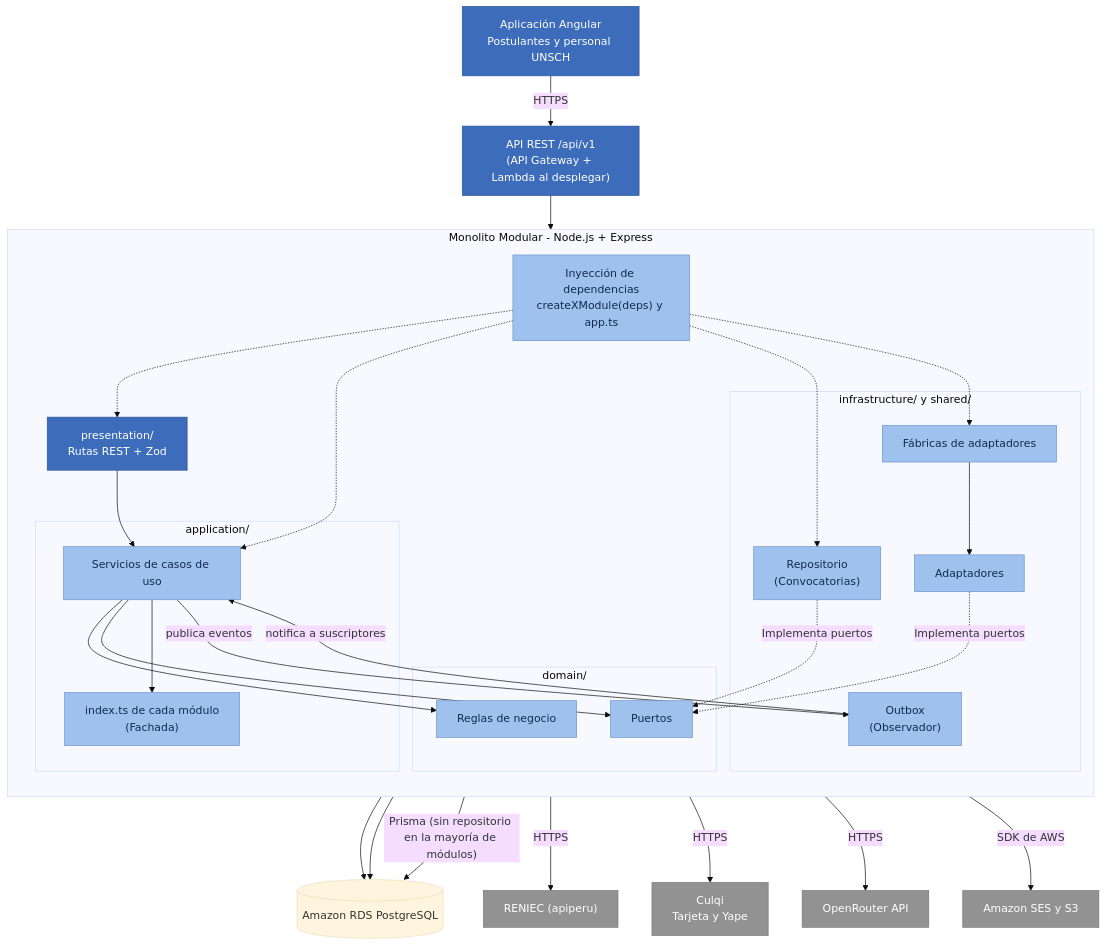
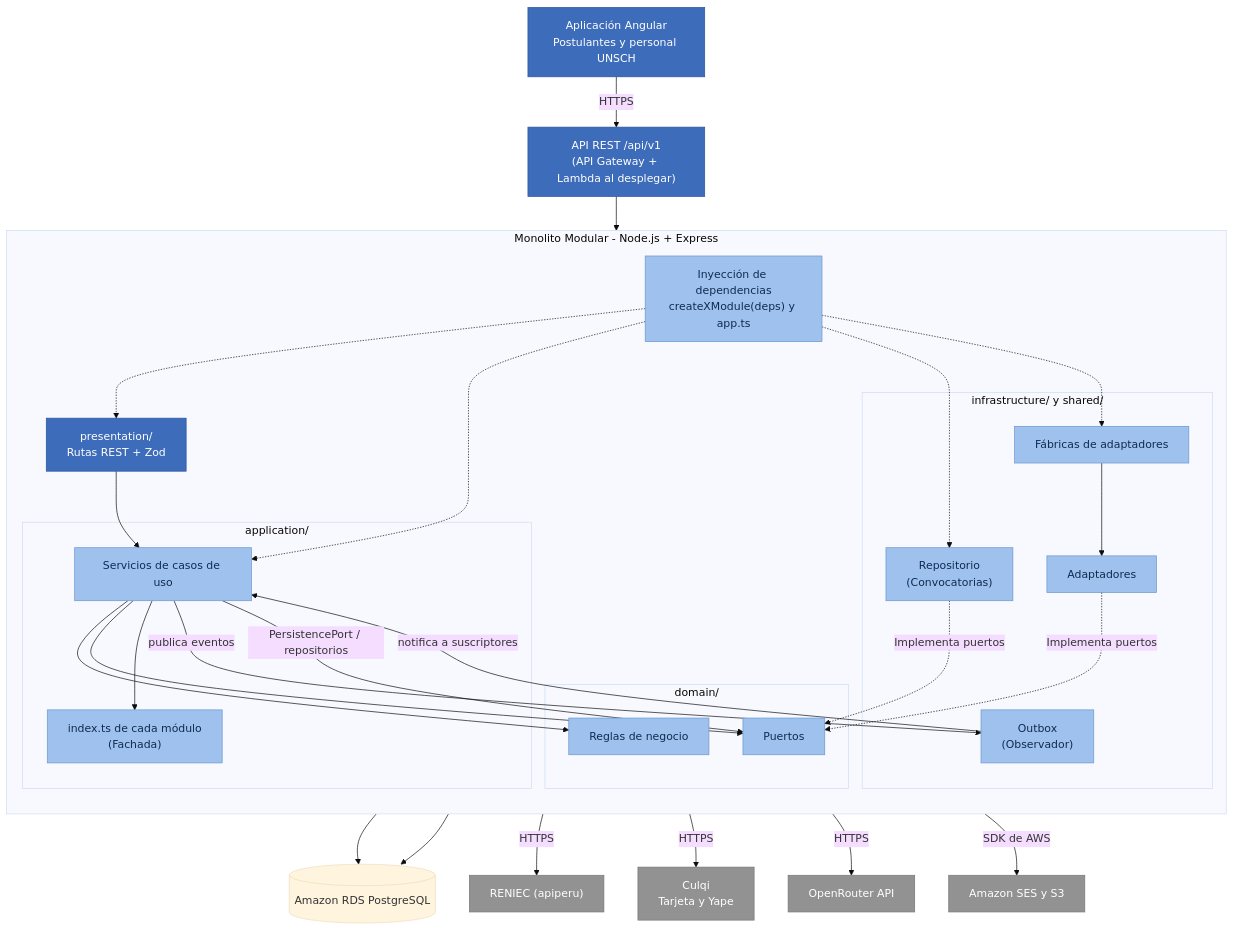
Before and after one commit to DiegoCoras06/sia-unsch-admision: the diagram in docs/03-diseño-de-software/patrones-diseño.md, drawn with Mermaid (base theme). The commit also changed other lines of this file and 26 other files, not shown here.

````diff
--- a/docs/03-diseño-de-software/patrones-diseño.md
+++ b/docs/03-diseño-de-software/patrones-diseño.md
@@ -54,72 +54,72 @@
 ```mermaid
 flowchart TB
     WEB["Aplicación Angular<br/>Postulantes y personal UNSCH"]
     API["API REST /api/v1<br/>(API Gateway + Lambda al desplegar)"]
 
     subgraph BACKEND["Monolito Modular - Node.js + Express"]
         direction TB
 
         CTRL["presentation/<br/>Rutas REST + Zod"]
 
         subgraph APP["application/"]
             UC["Servicios de casos de uso"]
             FAC["index.ts de cada módulo<br/>(Fachada)"]
         end
 
         subgraph DOM["domain/"]
             PORT["Puertos"]
             ENT["Reglas de negocio"]
         end
 
         subgraph INFRA["infrastructure/ y shared/"]
             REP["Repositorio<br/>(Convocatorias)"]
             ADP["Adaptadores"]
             FAB["Fábricas de adaptadores"]
             OBS["Outbox<br/>(Observador)"]
         end
 
         COMP["Inyección de dependencias<br/>createXModule(deps) y app.ts"]
     end
 
     DB[("Amazon RDS PostgreSQL")]
 
     RENIEC["RENIEC (apiperu)"]
     PAGOS["Culqi<br/>Tarjeta y Yape"]
     IA["OpenRouter API"]
     AWS["Amazon SES y S3"]
 
     WEB -->|"HTTPS"| API
     API --> CTRL
     CTRL --> UC
     UC --> ENT
     UC --> PORT
     UC --> FAC
     UC -->|"publica eventos"| OBS
     OBS -->|"notifica a suscriptores"| UC
 
     REP -.->|"Implementa puertos"| PORT
     ADP -.->|"Implementa puertos"| PORT
     FAB --> ADP
 
     REP --> DB
     OBS --> DB
-    UC -->|"Prisma (sin repositorio en la mayoría de módulos)"| DB
+    UC -->|"PersistencePort / repositorios"| PORT
 
     ADP -->|"HTTPS"| RENIEC
     ADP -->|"HTTPS"| PAGOS
     ADP -->|"HTTPS"| IA
     ADP -->|"SDK de AWS"| AWS
 
     COMP -.-> CTRL
     COMP -.-> UC
     COMP -.-> REP
     COMP -.-> FAB
 
     classDef principal fill:#3d6cba,color:#fff,stroke:#28539b
     classDef componente fill:#9fc1ed,color:#102b50,stroke:#6a95cc
     classDef externo fill:#929292,color:#fff,stroke:#777
 
     class WEB,API,CTRL principal
     class UC,FAC,PORT,ENT,REP,ADP,FAB,OBS,COMP componente
     class RENIEC,PAGOS,IA,AWS externo
 ```
````
